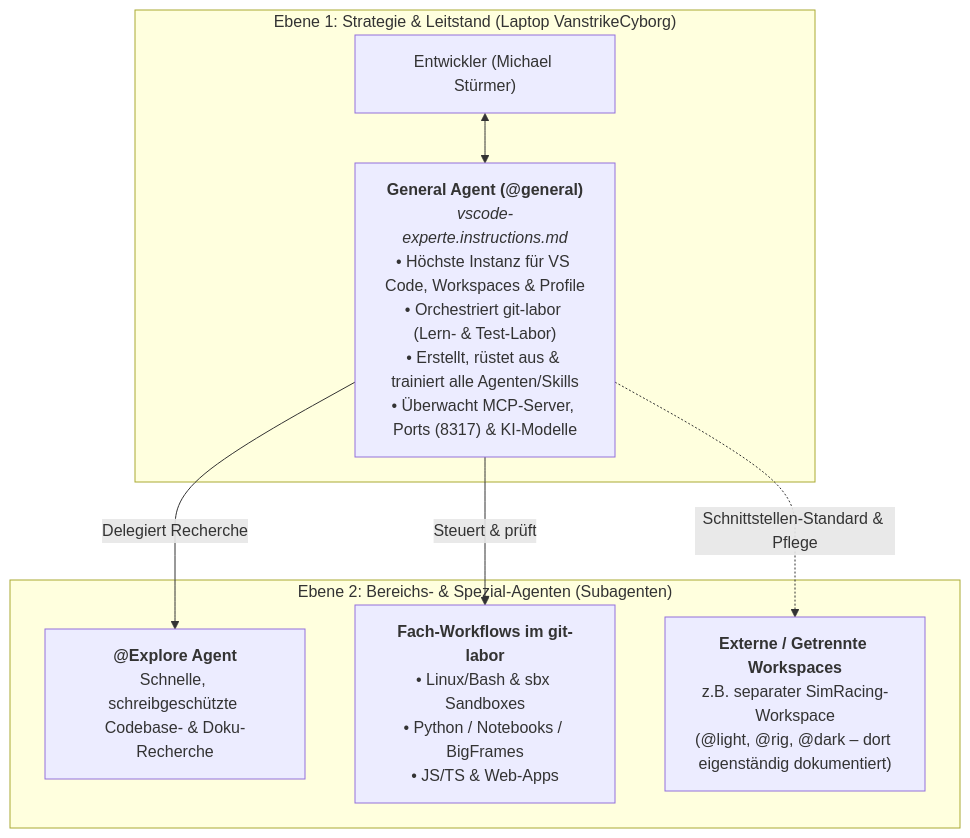
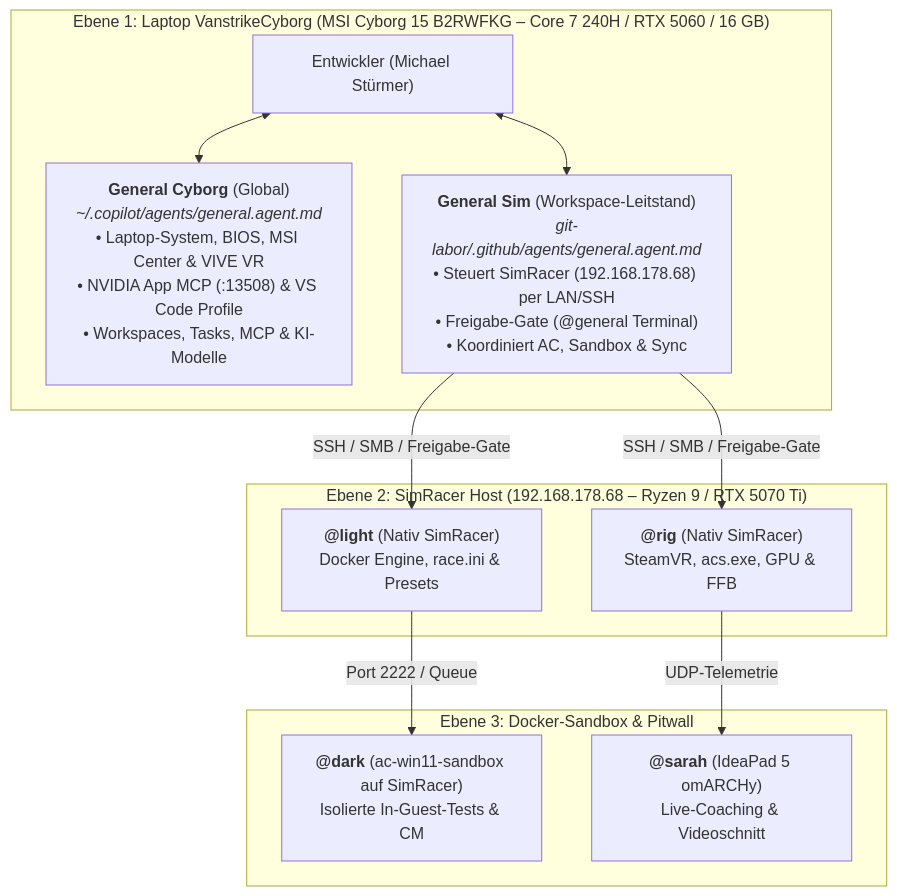
One commit to mestuermer-svg/first changed the second of 3 diagrams in Doku/05_Agents/04_agenten-trainieren-primen-und-orchestrieren.md. Above: the diagram before and after it, drawn with Mermaid. The commit also changed other lines of this file and 19 other files, not shown here.

Commit message:
Multispace Workspace und Agenten auf Simracer implementiert

````diff
--- a/Doku/05_Agents/04_agenten-trainieren-primen-und-orchestrieren.md
+++ b/Doku/05_Agents/04_agenten-trainieren-primen-und-orchestrieren.md
@@ -58,18 +58,25 @@
 ```mermaid
 flowchart TB
-    subgraph Ebene1 ["Ebene 1: Strategie & Leitstand (Laptop VanstrikeCyborg)"]
+    subgraph Ebene1 ["Ebene 1: Laptop VanstrikeCyborg (MSI Cyborg 15 B2RWFKG – Core 7 240H / RTX 5060 / 16 GB)"]
         USER["Entwickler (Michael Stürmer)"]
-        GA["<b>General Agent (@general)</b><br/><i>vscode-experte.instructions.md</i><br/>• Höchste Instanz für VS Code, Workspaces & Profile<br/>• Orchestriert git-labor (Lern- & Test-Labor)<br/>• Erstellt, rüstet aus & trainiert alle Agenten/Skills<br/>• Überwacht MCP-Server, Ports (8317) & KI-Modelle"]
-        USER <--> GA
+        GC["<b>General Cyborg</b> (Global)<br/><i>~/.copilot/agents/general.agent.md</i><br/>• Laptop-System, BIOS, MSI Center &amp; VIVE VR<br/>• NVIDIA App MCP (:13508) &amp; VS Code Profile<br/>• Workspaces, Tasks, MCP &amp; KI-Modelle"]
+        GS["<b>General Sim</b> (Workspace-Leitstand)<br/><i>git-labor/.github/agents/general.agent.md</i><br/>• Steuert SimRacer (192.168.178.68) per LAN/SSH<br/>• Freigabe-Gate (@general Terminal)<br/>• Koordiniert AC, Sandbox &amp; Sync"]
+        USER <--> GC
+        USER <--> GS
     end
 
-    subgraph Ebene2 ["Ebene 2: Bereichs- & Spezial-Agenten (Subagenten)"]
-        EXPLORE["<b>@Explore Agent</b><br/>Schnelle, schreibgeschützte Codebase- & Doku-Recherche"]
-        LAB["<b>Fach-Workflows im git-labor</b><br/>• Linux/Bash & sbx Sandboxes<br/>• Python / Notebooks / BigFrames<br/>• JS/TS & Web-Apps"]
-        EXT_WS["<b>Externe / Getrennte Workspaces</b><br/>z.B. separater SimRacing-Workspace<br/>(@light, @rig, @dark – dort eigenständig dokumentiert)"]
+    subgraph Ebene2 ["Ebene 2: SimRacer Host (192.168.178.68 – Ryzen 9 / RTX 5070 Ti)"]
+        RIG["<b>@rig</b> (Nativ SimRacer)<br/>SteamVR, acs.exe, GPU &amp; FFB"]
+        LIGHT["<b>@light</b> (Nativ SimRacer)<br/>Docker Engine, race.ini &amp; Presets"]
     end
 
-    GA -->|"Delegiert Recherche"| EXPLORE
-    GA -->|"Steuert & prüft"| LAB
-    GA -.->|"Schnittstellen-Standard & Pflege"| EXT_WS
+    subgraph Ebene3 ["Ebene 3: Docker-Sandbox &amp; Pitwall"]
+        DARK["<b>@dark</b> (ac-win11-sandbox auf SimRacer)<br/>Isolierte In-Guest-Tests &amp; CM"]
+        SARAH["<b>@sarah</b> (IdeaPad 5 omARCHy)<br/>Live-Coaching &amp; Videoschnitt"]
+    end
+
+    GS -->|"SSH / SMB / Freigabe-Gate"| RIG
+    GS -->|"SSH / SMB / Freigabe-Gate"| LIGHT
+    LIGHT -->|"Port 2222 / Queue"| DARK
+    RIG -->|"UDP-Telemetrie"| SARAH
 ```
````
